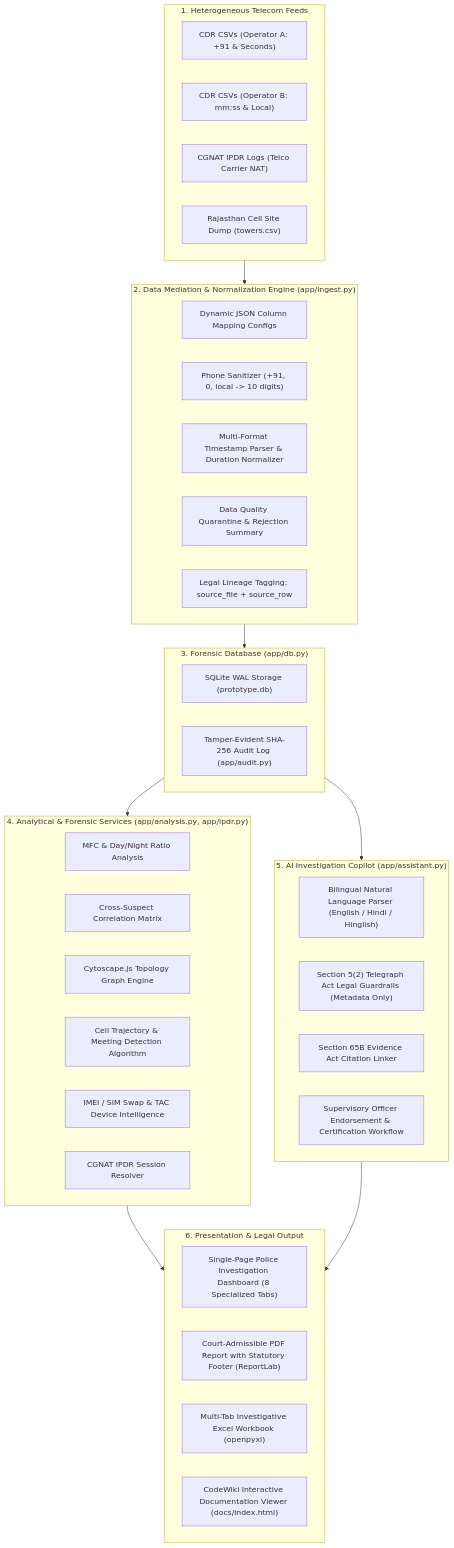
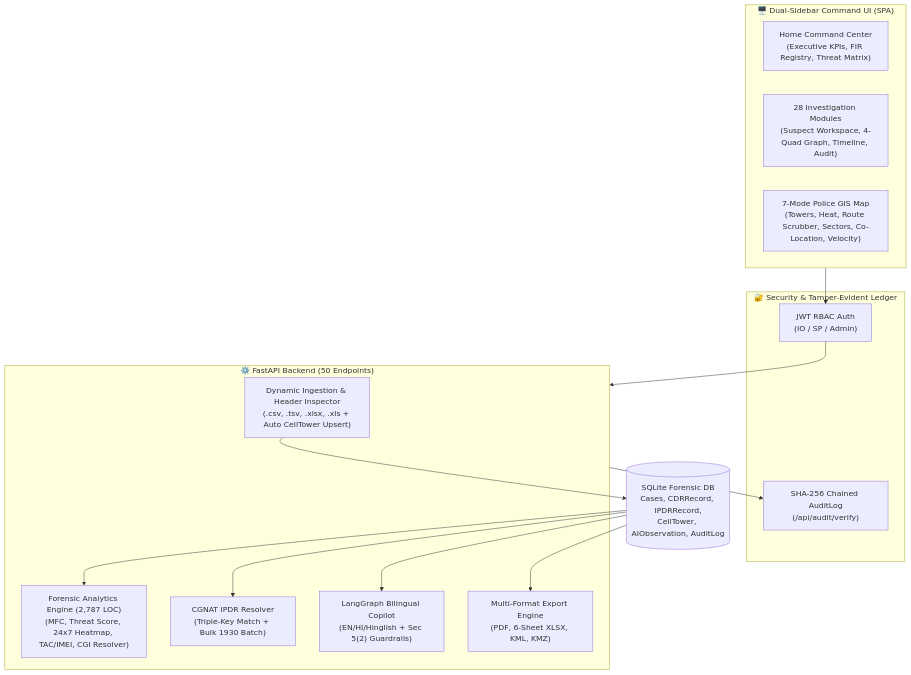
The diagram in README.md (JAIDUUU/Anomus-hackthon-rajishtan), drawn with Mermaid before and after one commit. The commit also changed other lines of this file, not shown here.

Commit message:
docs(readme): rewrite README for 28 modules, 50 API endpoints, 7 GIS modes, and real LEA samples

````diff
--- a/README.md
+++ b/README.md
@@ -50,52 +18,28 @@
 ```mermaid
-flowchart TD
-    subgraph Feeds["1. Heterogeneous Telecom Feeds"]
-        A1["CDR CSVs (Operator A: +91 & Seconds)"]
-        A2["CDR CSVs (Operator B: mm:ss & Local)"]
-        A3["CGNAT IPDR Logs (Telco Carrier NAT)"]
-        A4["Rajasthan Cell Site Dump (towers.csv)"]
+flowchart TB
+    subgraph Client["🖥️ Dual-Sidebar Command UI (SPA)"]
+        SidebarHome["Home Command Center<br/>(Executive KPIs, FIR Registry, Threat Matrix)"]
+        SidebarMods["28 Investigation Modules<br/>(Suspect Workspace, 4-Quad Graph, Timeline, Audit)"]
+        GISMaps["7-Mode Police GIS Map<br/>(Towers, Heat, Route Scrubber, Sectors, Co-Location, Velocity)"]
     end
 
-    subgraph Pipeline["2. Data Mediation & Normalization Engine (app/ingest.py)"]
-        B1["Dynamic JSON Column Mapping Configs"]
-        B2["Phone Sanitizer (+91, 0, local -> 10 digits)"]
-        B3["Multi-Format Timestamp Parser & Duration Normalizer"]
-        B4["Data Quality Quarantine & Rejection Summary"]
-        B5["Legal Lineage Tagging: source_file + source_row"]
+    subgraph Security["🔐 Security & Tamper-Evident Ledger"]
+        Auth["JWT RBAC Auth<br/>(IO / SP / Admin)"]
+        Audit["SHA-256 Chained AuditLog<br/>(/api/audit/verify)"]
     end
 
-    subgraph DB["3. Forensic Database (app/db.py)"]
-        C1["SQLite WAL Storage (prototype.db)"]
-        C2["Tamper-Evident SHA-256 Audit Log (app/audit.py)"]
+    subgraph Core["⚙️ FastAPI Backend (50 Endpoints)"]
+        Ingest["Dynamic Ingestion & Header Inspector<br/>(.csv, .tsv, .xlsx, .xls + Auto CellTower Upsert)"]
+        Analytics["Forensic Analytics Engine (2,787 LOC)<br/>(MFC, Threat Score, 24x7 Heatmap, TAC/IMEI, CGI Resolver)"]
+        IPDR["CGNAT IPDR Resolver<br/>(Triple-Key Match + Bulk 1930 Batch)"]
+        AI["LangGraph Bilingual Copilot<br/>(EN/HI/Hinglish + Sec 5(2) Guardrails)"]
+        Reports["Multi-Format Export Engine<br/>(PDF, 6-Sheet XLSX, KML, KMZ)"]
     end
 
-    subgraph Analytics["4. Analytical & Forensic Services (app/analysis.py, app/ipdr.py)"]
-        D1["MFC & Day/Night Ratio Analysis"]
-        D2["Cross-Suspect Correlation Matrix"]
-        D3["Cytoscape.js Topology Graph Engine"]
-        D4["Cell Trajectory & Meeting Detection Algorithm"]
-        D5["IMEI / SIM Swap & TAC Device Intelligence"]
-        D6["CGNAT IPDR Session Resolver"]
-    end
+    DB[("SQLite Forensic DB<br/>Cases, CDRRecord, IPDRRecord,<br/>CellTower, AIObservation, AuditLog")]
 
-    subgraph AI["5. AI Investigation Copilot (app/assistant.py)"]
-        E1["Bilingual Natural Language Parser (English / Hindi / Hinglish)"]
-        E2["Section 5(2) Telegraph Act Legal Guardrails (Metadata Only)"]
-        E3["Section 65B Evidence Act Citation Linker"]
-        E4["Supervisory Officer Endorsement & Certification Workflow"]
-    end
-
-    subgraph UI["6. Presentation & Legal Output"]
-        F1["Single-Page Police Investigation Dashboard (8 Specialized Tabs)"]
-        F2["Court-Admissible PDF Report with Statutory Footer (ReportLab)"]
-        F3["Multi-Tab Investigative Excel Workbook (openpyxl)"]
-        F4["CodeWiki Interactive Documentation Viewer (docs/index.html)"]
-    end
-
-    Feeds --> Pipeline
-    Pipeline --> DB
-    DB --> Analytics
-    DB --> AI
-    Analytics --> UI
-    AI --> UI
+    Client --> Auth --> Core
+    Core --> Audit
+    Ingest --> DB
+    DB --> Analytics & IPDR & AI & Reports
 ```
````
